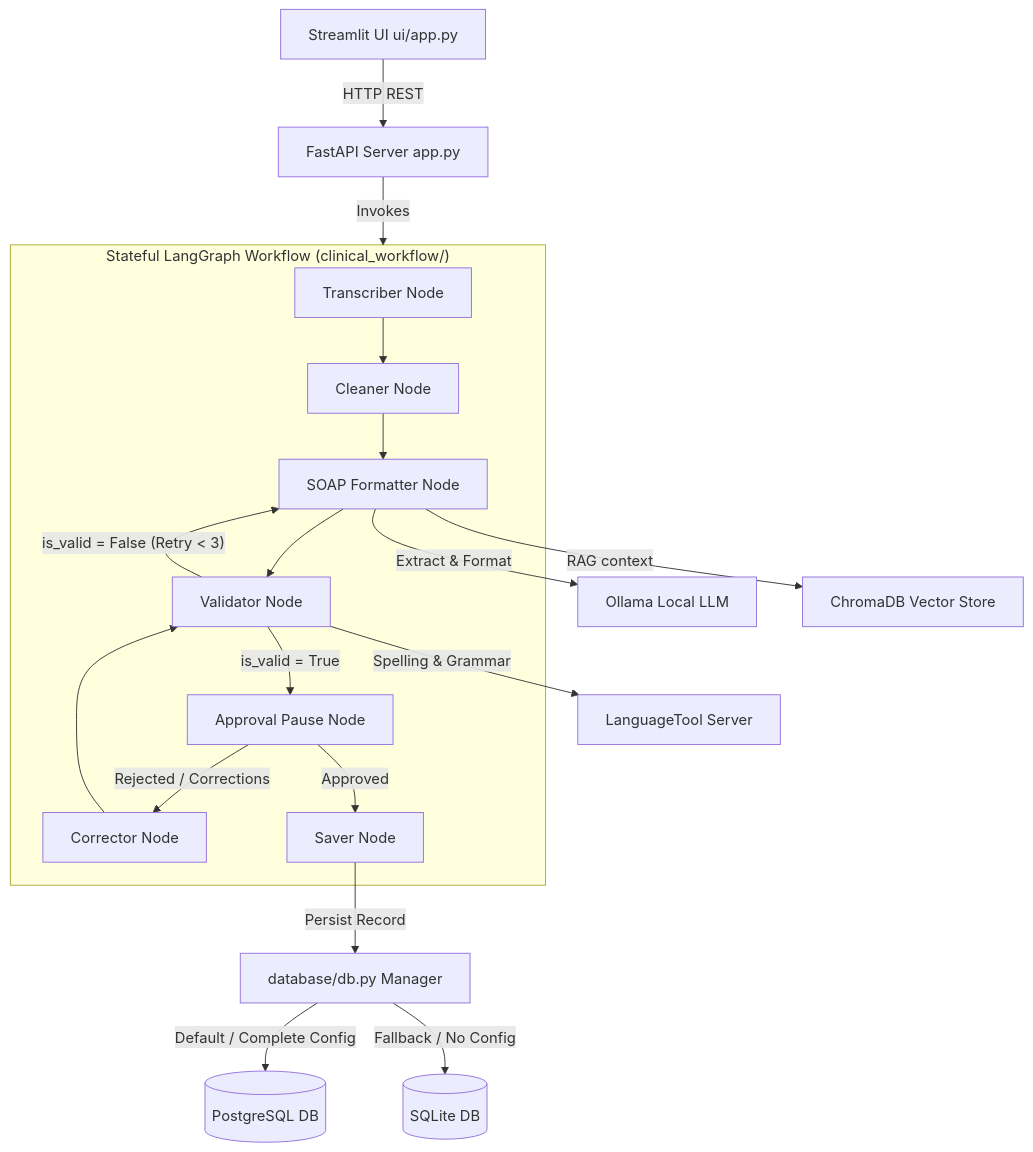
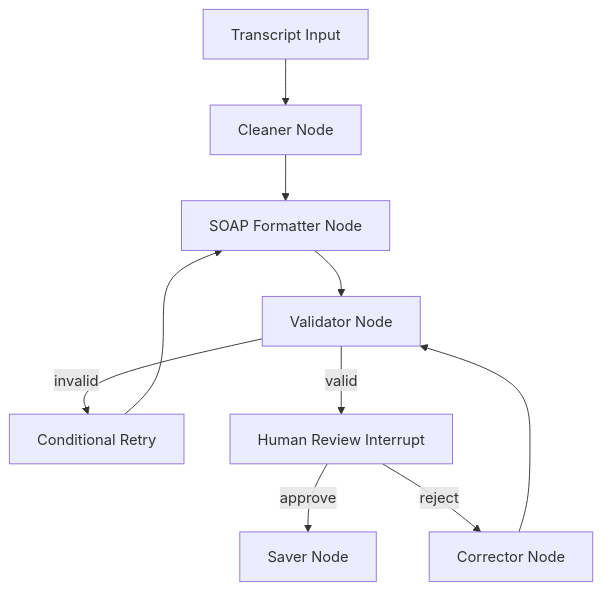
The first of 2 diagrams in README.md (siddhardha-39/MediFlow), drawn with Mermaid before and after one commit. The commit also changed other lines of this file and 21 other files, not shown here.

````diff
--- a/README.md
+++ b/README.md
@@ -41,40 +26,17 @@
 ```mermaid
 graph TD
-    Streamlit[Streamlit UI ui/app.py]
-    FastAPI[FastAPI Server app.py]
-    
-    subgraph LangGraph ["Stateful LangGraph Workflow (clinical_workflow/)"]
-        Transcriber[Transcriber Node]
-        Cleaner[Cleaner Node]
-        Formatter[SOAP Formatter Node]
-        Validator[Validator Node]
-        Approval[Approval Pause Node]
-        Corrector[Corrector Node]
-        Saver[Saver Node]
-    end
-    
-    Ollama[Ollama Local LLM]
-    Chroma[ChromaDB Vector Store]
-    LT[LanguageTool Server]
-    
-    DB[database/db.py Manager]
-    Postgres[(PostgreSQL DB)]
-    SQLite[(SQLite DB)]
-    
-    Streamlit -- HTTP REST --> FastAPI
-    FastAPI -- Invokes --> LangGraph
-    
-    Transcriber --> Cleaner --> Formatter --> Validator
-    Validator -- "is_valid = True" --> Approval
-    Validator -- "is_valid = False (Retry < 3)" --> Formatter
-    Approval -- "Approved" --> Saver
-    Approval -- "Rejected / Corrections" --> Corrector --> Validator
-    
-    Formatter -- "RAG context" --> Chroma
-    Formatter -- "Extract & Format" --> Ollama
-    Validator -- "Spelling & Grammar" --> LT
-    Saver -- "Persist Record" --> DB
-    
-    DB -- "Default / Complete Config" --> Postgres
-    DB -- "Fallback / No Config" --> SQLite
+    Input[Transcript Input]
+    Cleaner[Cleaner Node]
+    Formatter[SOAP Formatter Node]
+    Validator[Validator Node]
+    Retry[Conditional Retry]
+    Review[Human Review Interrupt]
+    Corrector[Corrector Node]
+    Saver[Saver Node]
+
+    Input --> Cleaner --> Formatter --> Validator
+    Validator -->|invalid| Retry --> Formatter
+    Validator -->|valid| Review
+    Review -->|approve| Saver
+    Review -->|reject| Corrector --> Validator
 ```
````
